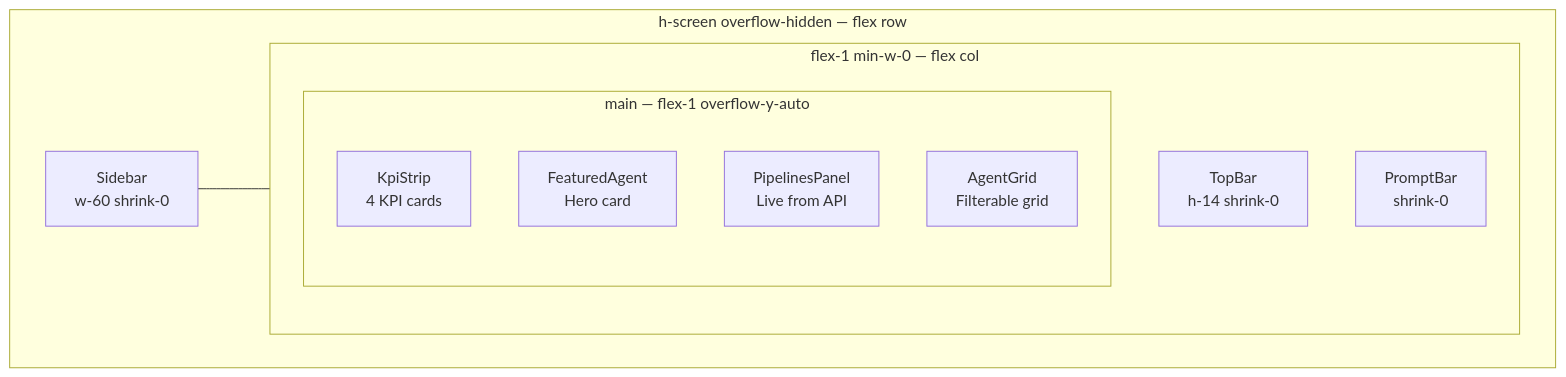
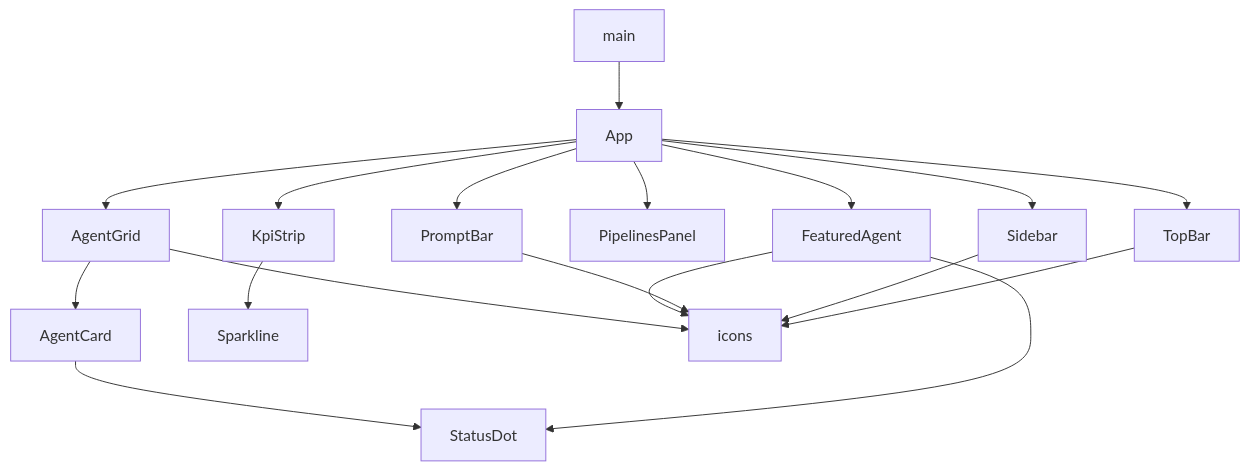
One commit to Gunashekharp/sdlc-sample-worflow changed the second of 2 diagrams in docs-site/src/content/docs/frontend/overview.md. Above: the diagram before and after it, drawn with Mermaid. The commit also changed other lines of this file and 65 other files, not shown here.

````diff
--- a/docs-site/src/content/docs/frontend/overview.md
+++ b/docs-site/src/content/docs/frontend/overview.md
@@ -68,17 +95,35 @@
 ```mermaid
+%% React component tree (parent renders child)
+%% Auto-generated from source by scripts/docs/extract-diagrams.ts. Do not edit by hand — changes will be overwritten on the next docs-agent run.
 flowchart TD
-  subgraph Screen["h-screen overflow-hidden — flex row"]
-    Sidebar["Sidebar\nw-60 shrink-0"]
-    subgraph MainCol["flex-1 min-w-0 — flex col"]
-      TopBar["TopBar\nh-14 shrink-0"]
-      subgraph Main["main — flex-1 overflow-y-auto"]
-        KpiStrip["KpiStrip\n4 KPI cards"]
-        FeaturedAgent["FeaturedAgent\nHero card"]
-        PipelinesPanel["PipelinesPanel\nLive from API"]
-        AgentGrid["AgentGrid\nFilterable grid"]
-      end
-      PromptBar["PromptBar\nshrink-0"]
-    end
-  end
-  Sidebar --- MainCol
+  AgentCard["AgentCard"]
+  AgentGrid["AgentGrid"]
+  App["App"]
+  FeaturedAgent["FeaturedAgent"]
+  KpiStrip["KpiStrip"]
+  PipelinesPanel["PipelinesPanel"]
+  PromptBar["PromptBar"]
+  Sidebar["Sidebar"]
+  Sparkline["Sparkline"]
+  StatusDot["StatusDot"]
+  TopBar["TopBar"]
+  icons["icons"]
+  main["main"]
+  App --> Sidebar
+  App --> TopBar
+  App --> KpiStrip
+  App --> FeaturedAgent
+  App --> PipelinesPanel
+  App --> AgentGrid
+  App --> PromptBar
+  main --> App
+  AgentCard --> StatusDot
+  AgentGrid --> icons
+  AgentGrid --> AgentCard
+  FeaturedAgent --> icons
+  FeaturedAgent --> StatusDot
+  KpiStrip --> Sparkline
+  PromptBar --> icons
+  Sidebar --> icons
+  TopBar --> icons
 ```
````
